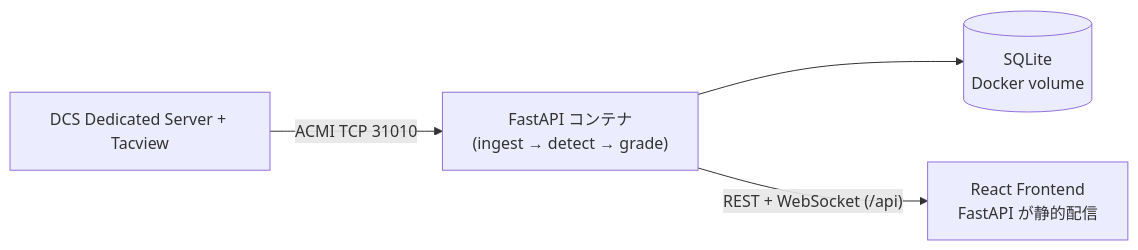
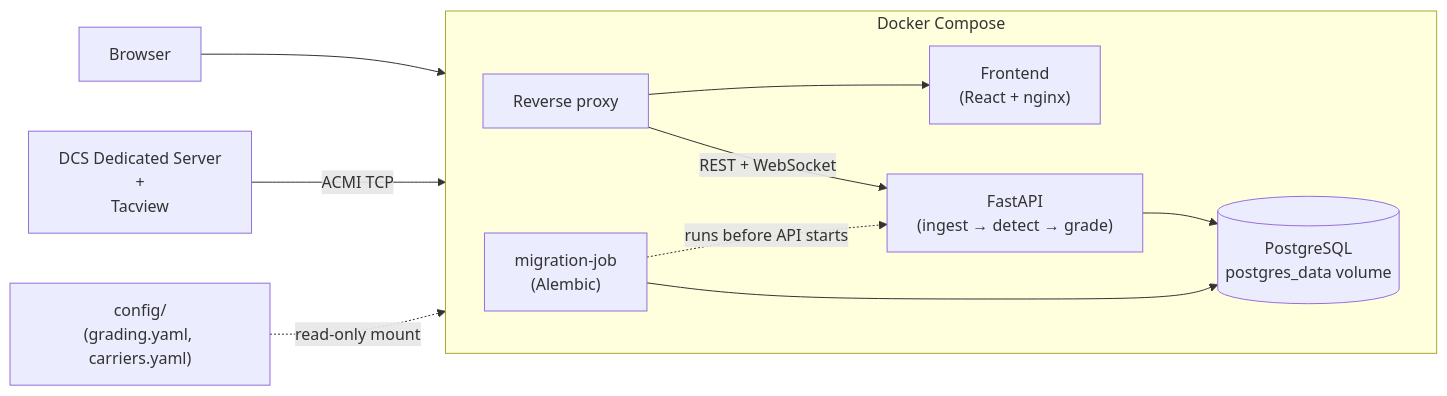
One commit to MasterMk2/DCSLandingTeacher changed the diagram in README.md. Above: the diagram before and after it, drawn with Mermaid. The commit also changed other lines of this file and 231 other files, not shown here.

First line of the commit message:
refactor: integrate PostgreSQL Compose migration and safeguards (#71)

````diff
--- a/README.md
+++ b/README.md
@@ -33,6 +26,15 @@
 ```mermaid
 flowchart LR
-    DCS[DCS Dedicated Server + Tacview] -- "ACMI TCP 31010" --> APP["FastAPI コンテナ<br/>(ingest → detect → grade)"]
-    APP --> DB[(SQLite<br/>Docker volume)]
-    APP -- "REST + WebSocket (/api)" --> UI[React Frontend<br/>FastAPI が静的配信]
+    BROWSER[Browser] --> PROXY
+    DCS["DCS Dedicated Server<br/>+<br/>Tacview"] -- "ACMI TCP" --> API
+    CONFIG["config/<br/>(grading.yaml, carriers.yaml)"] -. "read-only mount" .-> API
+
+    subgraph COMPOSE[Docker Compose]
+        direction LR
+        PROXY[Reverse proxy] --> UI["Frontend<br/>(React + nginx)"]
+        PROXY -- "REST + WebSocket" --> API["FastAPI<br/>(ingest → detect → grade)"]
+        API --> DB[("PostgreSQL<br/>postgres_data volume")]
+        MIGRATION["migration-job<br/>(Alembic)"] --> DB
+        MIGRATION -. "runs before API starts" .-> API
+    end
 ```
````
